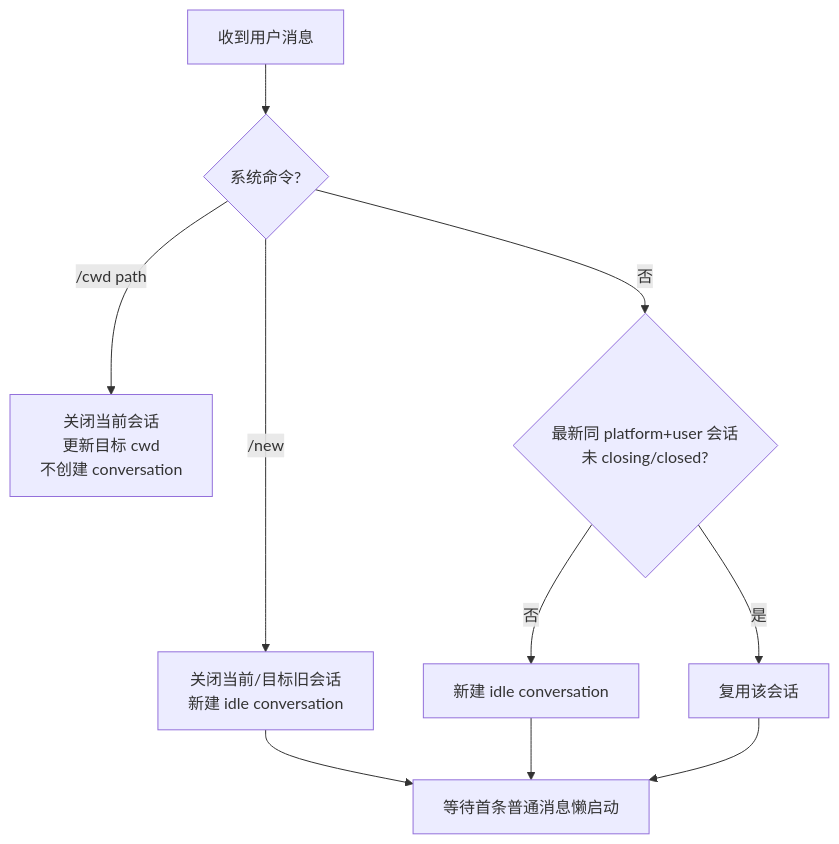
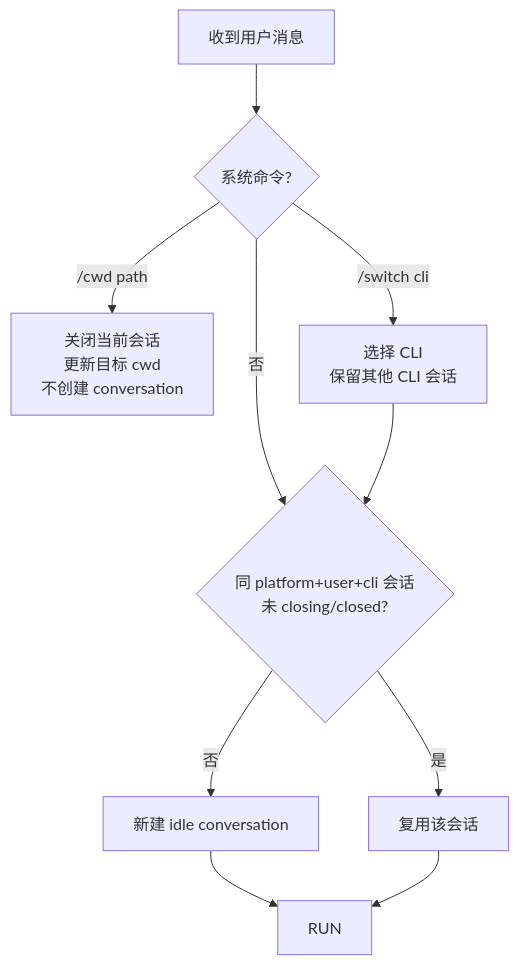
One commit to ygq-future/ai-cli-hub changed the seventh of 15 diagrams in docs/02-Architecture.md. Above: the diagram before and after it, drawn with Mermaid. The commit also changed other lines of this file and 21 other files, not shown here.

Commit message:
feat(sessions): switch between persistent CLI contexts

````diff
--- a/docs/02-Architecture.md
+++ b/docs/02-Architecture.md
@@ -337,12 +337,12 @@
 ```mermaid
 flowchart TD
     MSG[收到用户消息] --> CMD{系统命令?}
     CMD -->|/cwd path| CLOSESET[关闭当前会话<br/>更新目标 cwd<br/>不创建 conversation]
-    CMD -->|/new| CLOSENEW[关闭当前/目标旧会话<br/>新建 idle conversation]
-    CMD -->|否| FIND{最新同 platform+user 会话<br/>未 closing/closed?}
+    CMD -->|/switch cli| SWITCH[选择 CLI<br/>保留其他 CLI 会话]
+    CMD -->|否| FIND{同 platform+user+cli 会话<br/>未 closing/closed?}
     FIND -->|是| REUSE[复用该会话]
     FIND -->|否| CREATE[新建 idle conversation]
-    CLOSENEW --> RUN[等待首条普通消息懒启动]
+    SWITCH --> FIND
     CREATE --> RUN
     REUSE --> RUN
 ```
````
